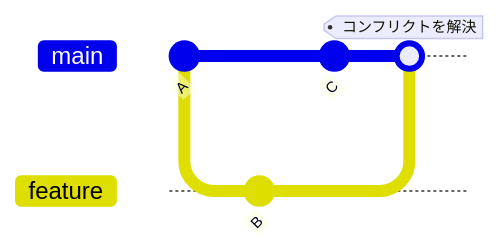
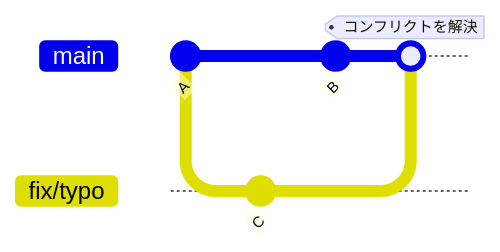
Before and after one commit to suwa-sh/zenn-contents: diagram 36 of 36 in articles/git_20250824.md, drawn with Mermaid. The commit also changed other lines of this file, not shown here.

````diff
--- a/articles/git_20250824.md
+++ b/articles/git_20250824.md
@@ -977,10 +989,10 @@
 ```mermaid
 gitGraph
     commit id: "A"
-    branch feature
-    checkout feature
+    branch fix/typo
+    checkout fix/typo
+    commit id: "C"
+    checkout main
     commit id: "B"
-    checkout main
-    commit id: "C"
-    merge feature tag: "コンフリクトを解決"
+    merge fix/typo tag: "コンフリクトを解決"
 ```
````
